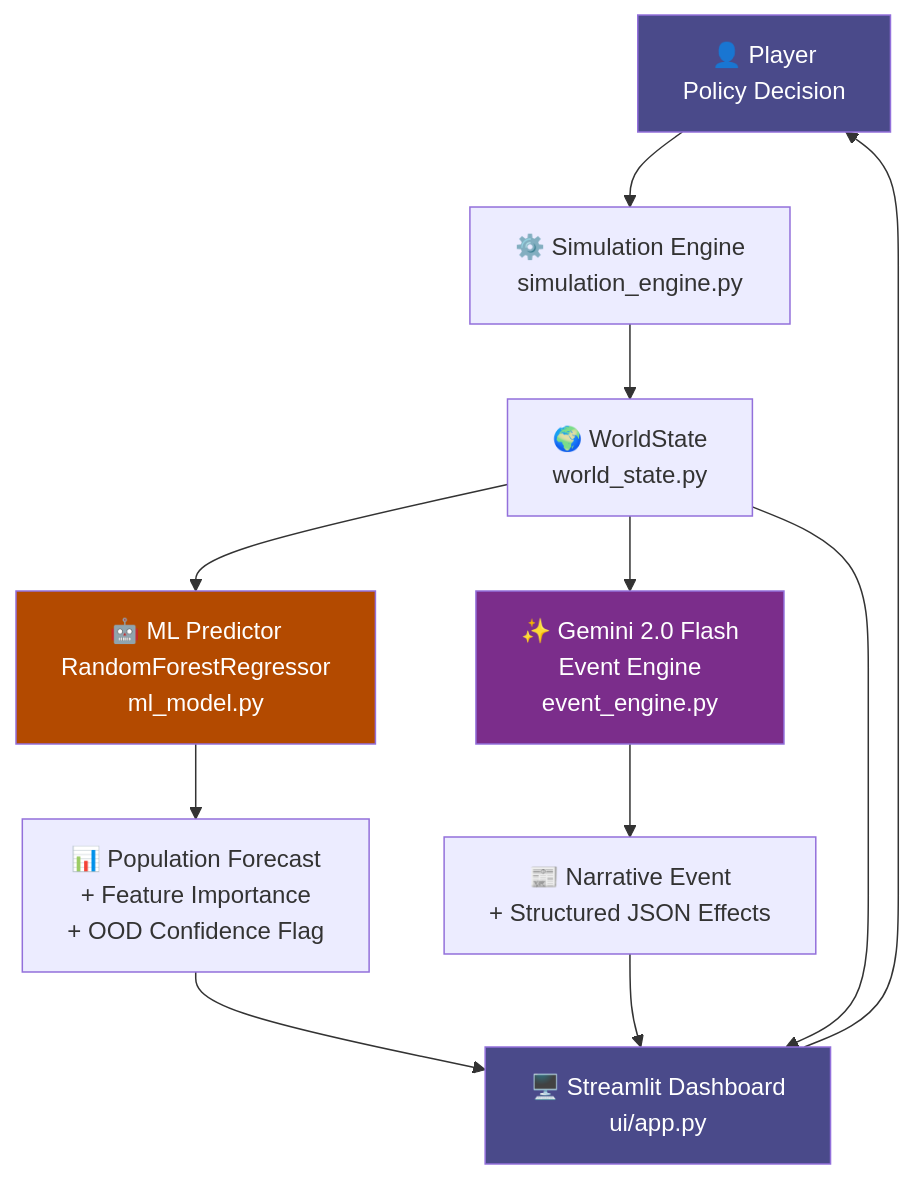
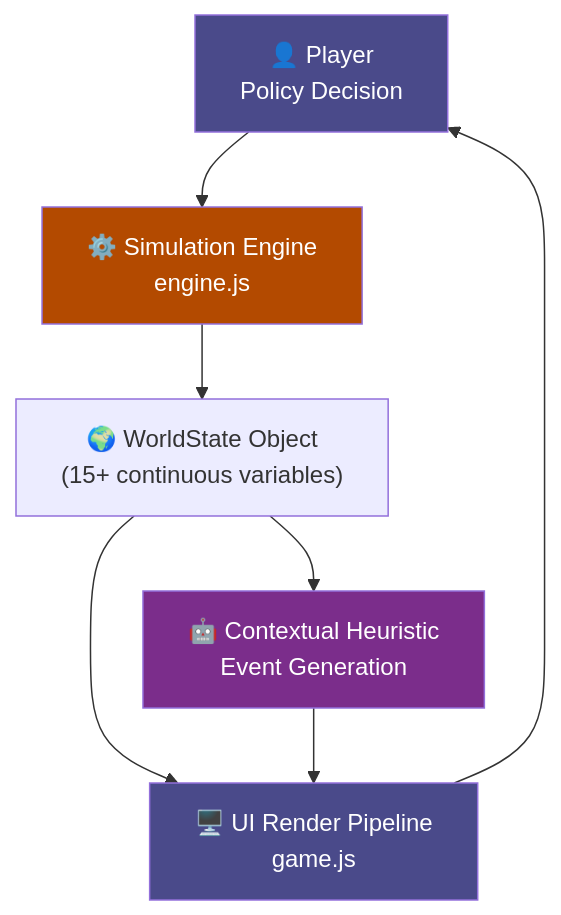
The diagram in README.md (kunal-gh/civ-ai), drawn with Mermaid before and after one commit. The commit also changed other lines of this file, not shown here.

Commit message:
docs: Rewrite README for AXIOM renaming, pure-web architecture, and Vercel deployment

````diff
--- a/README.md
+++ b/README.md
@@ -35,18 +34,14 @@
 ```mermaid
 flowchart TD
-    A["👤 Player\nPolicy Decision"] --> B["⚙️ Simulation Engine\nsimulation_engine.py"]
-    B --> C["🌍 WorldState\nworld_state.py"]
-    C --> D["🤖 ML Predictor\nRandomForestRegressor\nml_model.py"]
-    C --> E["✨ Gemini 2.0 Flash\nEvent Engine\nevent_engine.py"]
-    D --> F["📊 Population Forecast\n+ Feature Importance\n+ OOD Confidence Flag"]
-    E --> G["📰 Narrative Event\n+ Structured JSON Effects"]
-    F --> H["🖥️ Streamlit Dashboard\nui/app.py"]
-    G --> H
-    C --> H
-    H --> A
+    A["👤 Player\nPolicy Decision"] --> B["⚙️ Simulation Engine\nengine.js"]
+    B --> C["🌍 WorldState Object\n(15+ continuous variables)"]
+    C --> D["🤖 Contextual Heuristic\nEvent Generation"]
+    C --> E["🖥️ UI Render Pipeline\ngame.js"]
+    D --> E
+    E --> A
 
     style A fill:#4a4a8a,color:#fff
-    style H fill:#4a4a8a,color:#fff
-    style D fill:#b34a00,color:#fff
-    style E fill:#7b2d8b,color:#fff
+    style E fill:#4a4a8a,color:#fff
+    style B fill:#b34a00,color:#fff
+    style D fill:#7b2d8b,color:#fff
 ```
````
